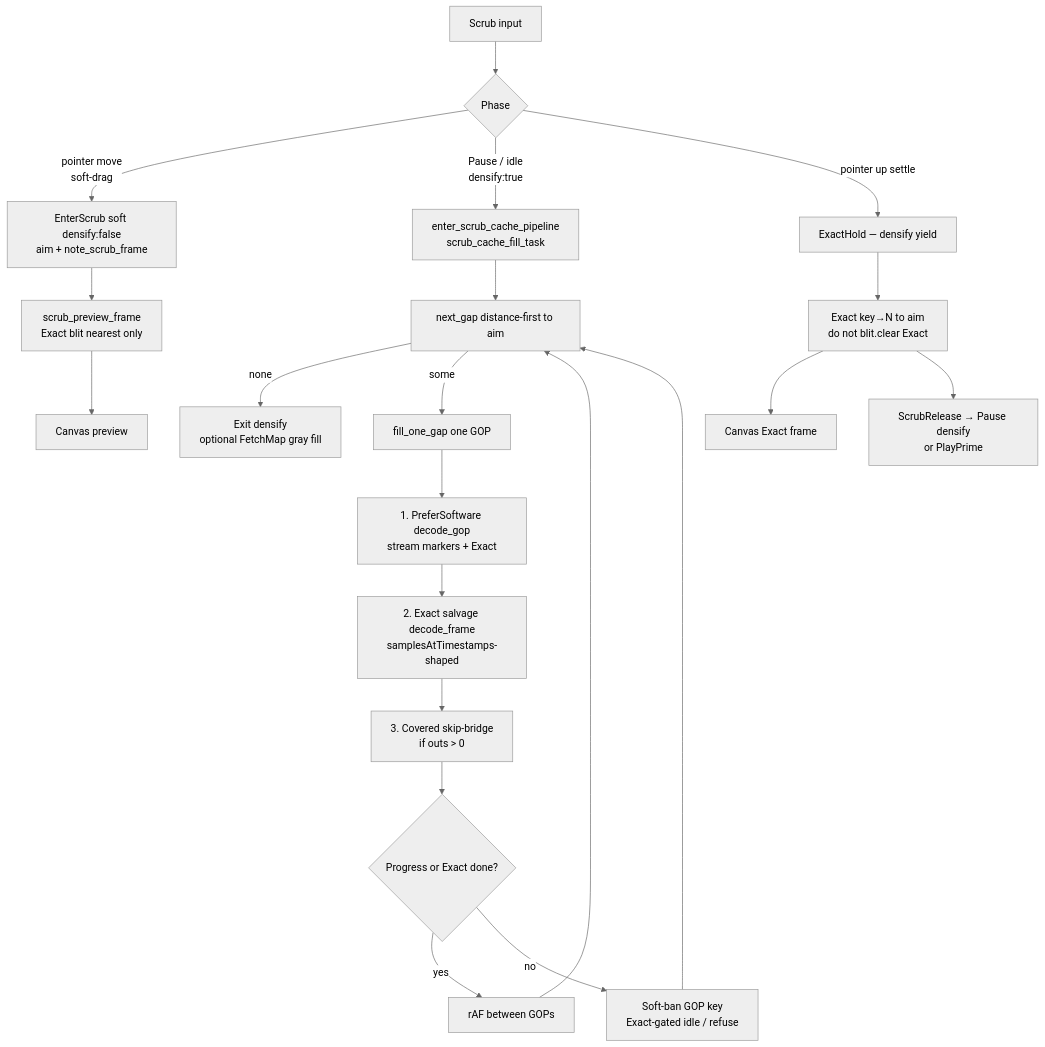
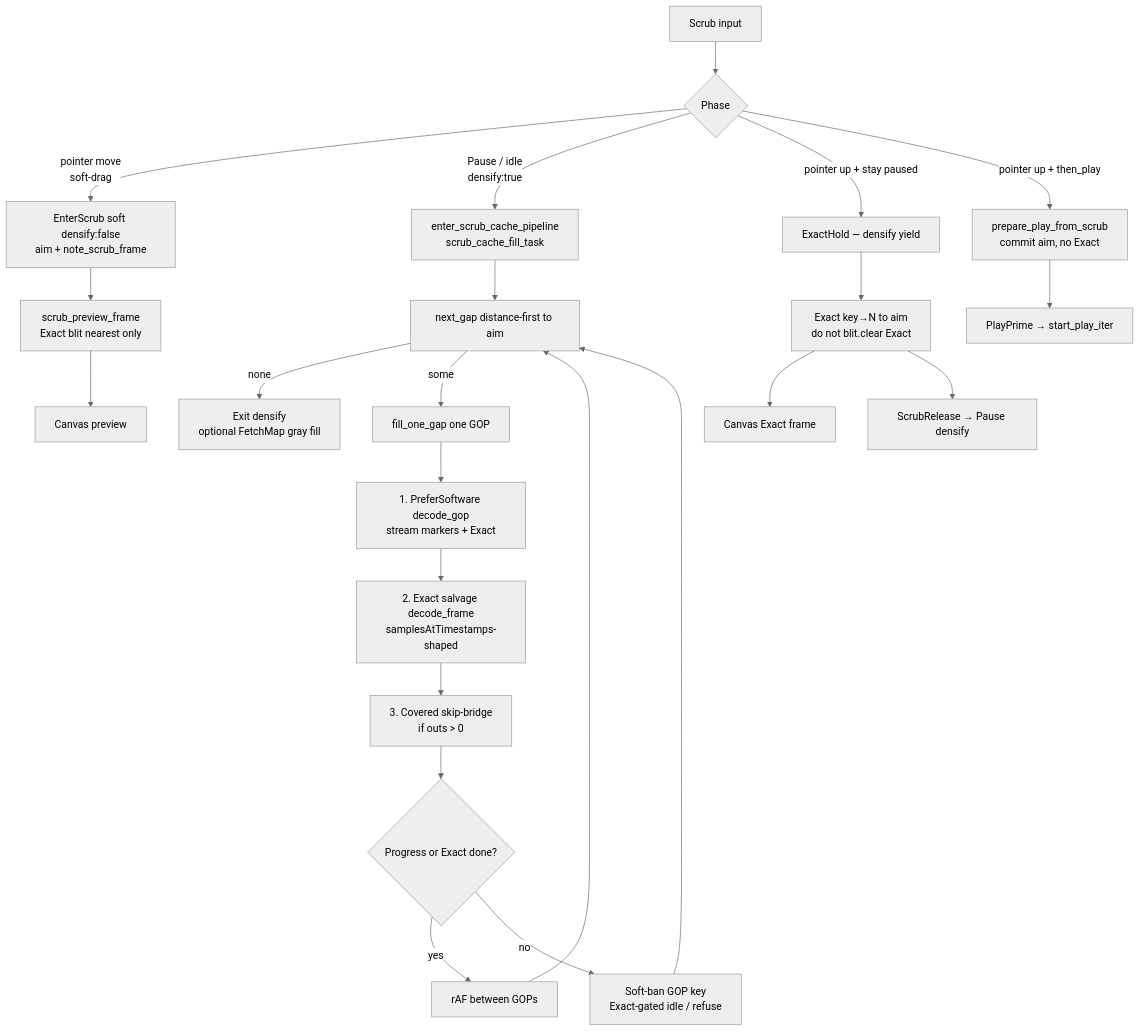
One commit to alexantoshuk/fpmedia-web changed the third of 4 diagrams in .ai/architecture.md. Above: the diagram before and after it, drawn with Mermaid (neutral theme). The commit also changed other lines of this file and 8 other files, not shown here.

First line of the commit message:
fix(player): resume play after scrub without Exact/audio race

````diff
--- a/.ai/architecture.md
+++ b/.ai/architecture.md
@@ -206,23 +206,25 @@
 ```mermaid
 flowchart TD
   IN["Scrub input"] --> KIND{Phase}
   KIND -->|"pointer move<br/>soft-drag"| SD["EnterScrub soft densify:false<br/>aim + note_scrub_frame"]
   SD --> PREV["scrub_preview_frame<br/>Exact blit nearest only"]
   PREV --> CANVAS1["Canvas preview"]
   KIND -->|"Pause / idle<br/>densify:true"| DZ["enter_scrub_cache_pipeline<br/>scrub_cache_fill_task"]
   DZ --> GAP["next_gap distance-first to aim"]
   GAP -->|none| STOP["Exit densify<br/>optional FetchMap gray fill"]
   GAP -->|some| FILL["fill_one_gap one GOP"]
   FILL --> G1["1. PreferSoftware decode_gop<br/>stream markers + Exact"]
   G1 --> G2["2. Exact salvage decode_frame<br/>samplesAtTimestamps-shaped"]
   G2 --> G3["3. Covered skip-bridge<br/>if outs > 0"]
   G3 --> PROG{"Progress or Exact done?"}
   PROG -->|yes| YIELD["rAF between GOPs"]
   PROG -->|no| BAN["Soft-ban GOP key<br/>Exact-gated idle / refuse"]
   YIELD --> GAP
   BAN --> GAP
-  KIND -->|"pointer up settle"| ST["ExactHold — densify yield"]
+  KIND -->|"pointer up + stay paused"| ST["ExactHold — densify yield"]
   ST --> EXN["Exact key→N to aim<br/>do not blit.clear Exact"]
   EXN --> CANVAS2["Canvas Exact frame"]
-  EXN --> REARM["ScrubRelease → Pause densify<br/>or PlayPrime"]
+  EXN --> REARM["ScrubRelease → Pause densify"]
+  KIND -->|"pointer up + then_play"| PP["prepare_play_from_scrub<br/>commit aim, no Exact"]
+  PP --> PRIME["PlayPrime → start_play_iter"]
 ```
````
